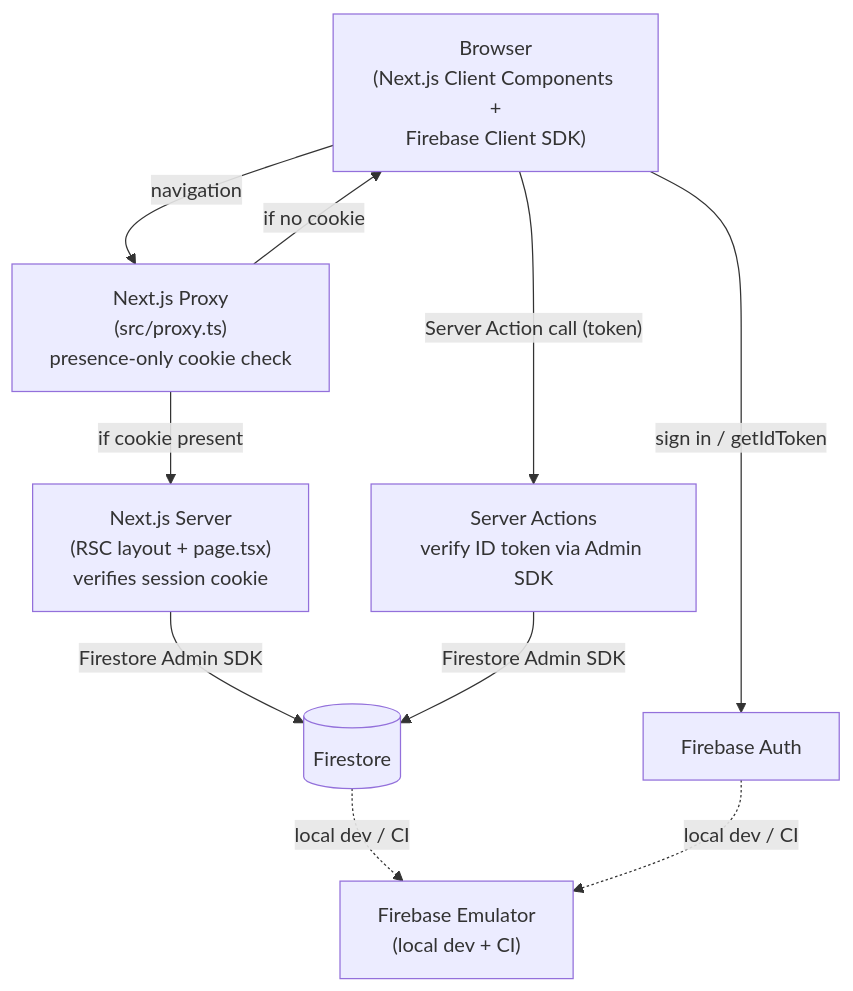
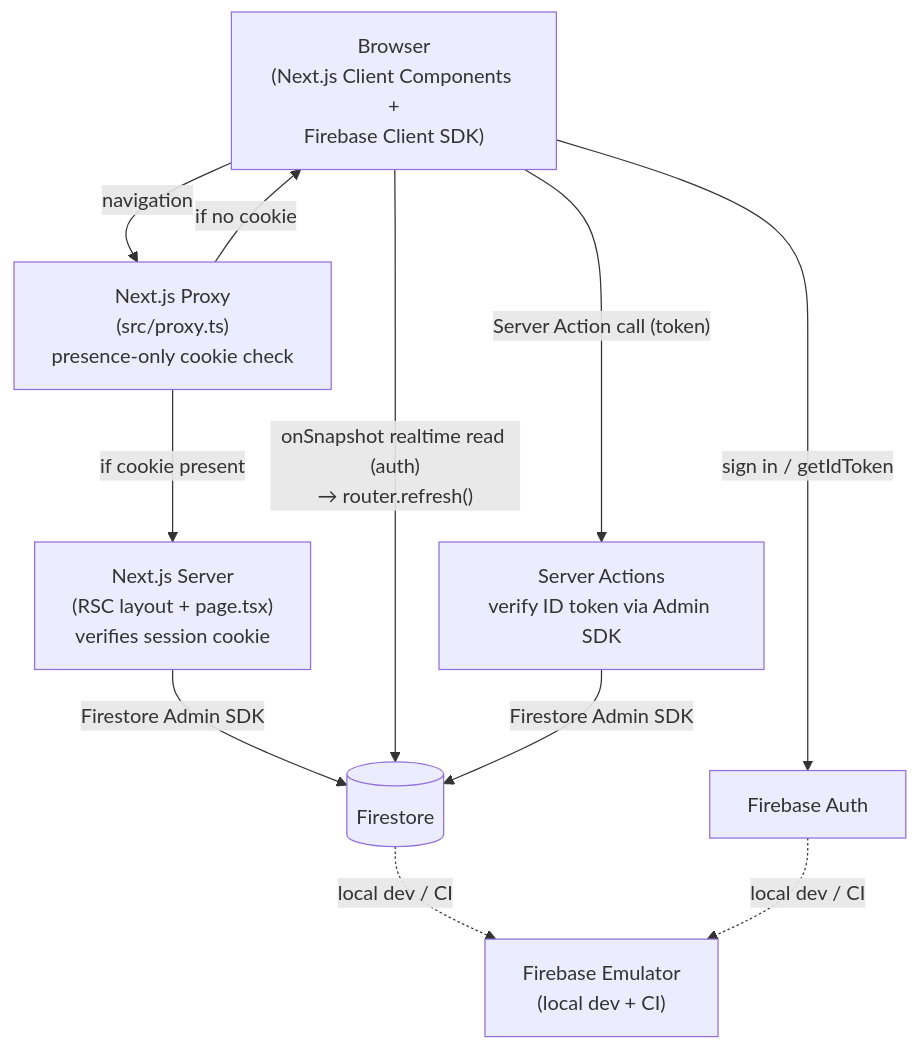
One commit to michikono/poker-ledger changed the diagram in docs/03-architecture.md. Above: the diagram before and after it, drawn with Mermaid. The commit also changed other lines of this file and 31 other files, not shown here.

````diff
--- a/docs/03-architecture.md
+++ b/docs/03-architecture.md
@@ -37,20 +37,21 @@
 ```mermaid
 graph TD
     Browser["Browser\n(Next.js Client Components +\nFirebase Client SDK)"]
     Proxy["Next.js Proxy\n(src/proxy.ts)\npresence-only cookie check"]
     RSC["Next.js Server\n(RSC layout + page.tsx)\nverifies session cookie"]
     Actions["Server Actions\nverify ID token via Admin SDK"]
     Firestore[("Firestore")]
     FirebaseAuth["Firebase Auth"]
     Emulator["Firebase Emulator\n(local dev + CI)"]
 
     Browser -- "navigation" --> Proxy
     Proxy -- "if cookie present" --> RSC
     Proxy -- "if no cookie" --> Browser
     RSC -- "Firestore Admin SDK" --> Firestore
+    Browser -- "onSnapshot realtime read (auth)\n→ router.refresh()" --> Firestore
     Browser -- "Server Action call (token)" --> Actions
     Actions -- "Firestore Admin SDK" --> Firestore
     Browser -- "sign in / getIdToken" --> FirebaseAuth
     Firestore -. "local dev / CI" .-> Emulator
     FirebaseAuth -. "local dev / CI" .-> Emulator
 ```
````
